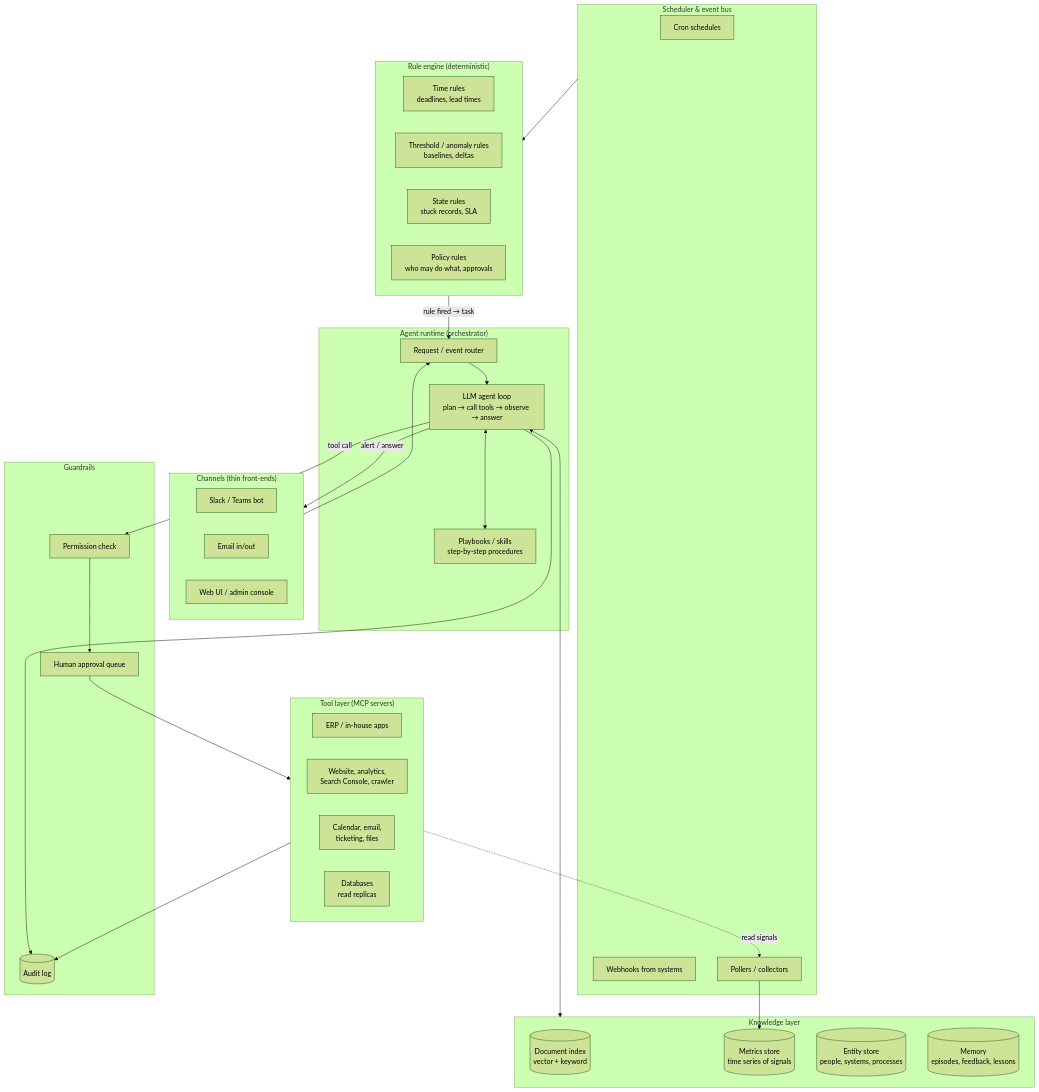
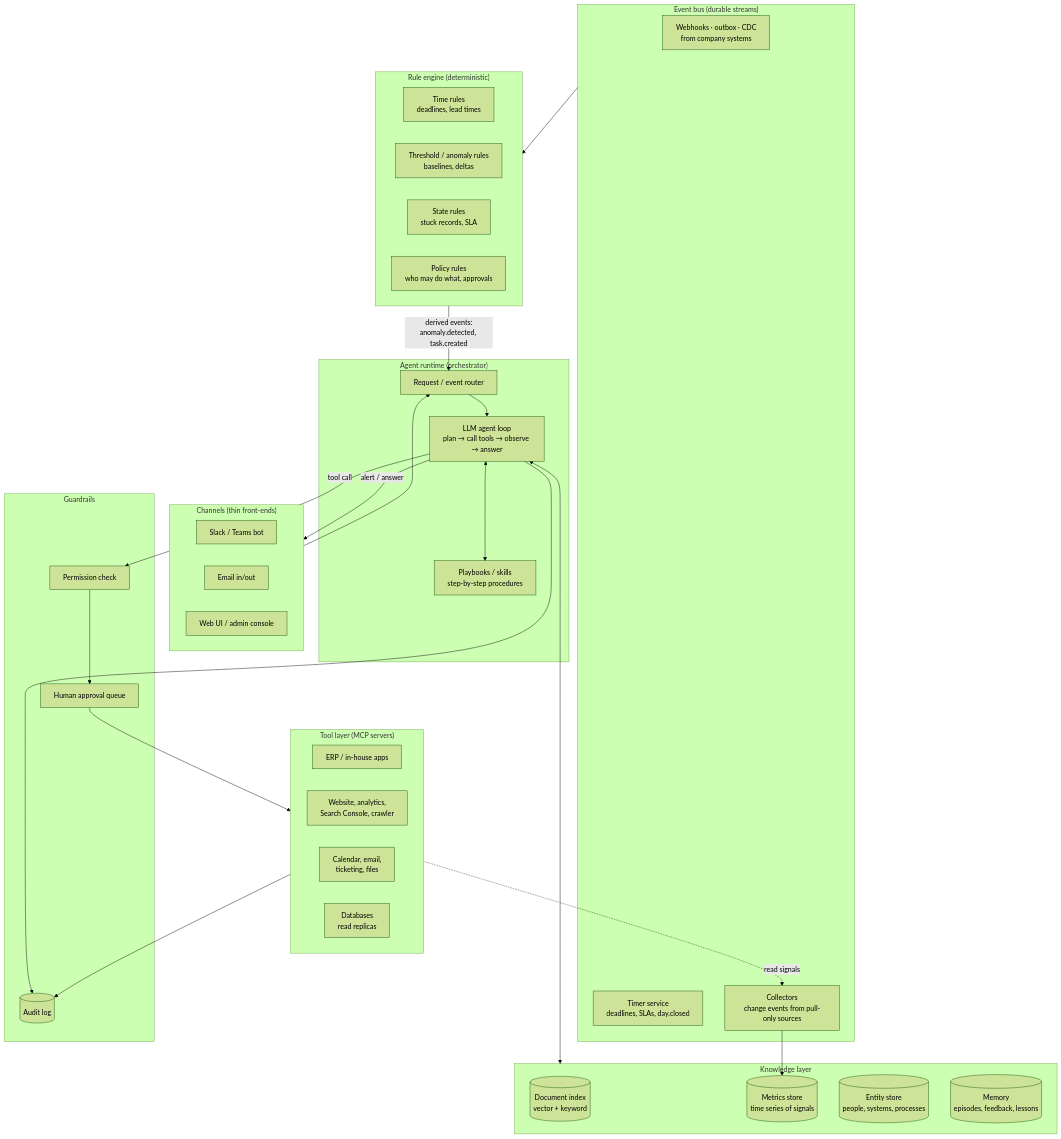
The diagram in docs/02-architecture.md (bacsa/ai_based_assistant_system), drawn with Mermaid (forest theme) before and after one commit. The commit also changed other lines of this file and 8 other files, not shown here.

````diff
--- a/docs/02-architecture.md
+++ b/docs/02-architecture.md
@@ -5,60 +5,60 @@
 ```mermaid
 flowchart TB
     subgraph Channels["Channels (thin front-ends)"]
         SL[Slack / Teams bot]
         EM[Email in/out]
         WEB[Web UI / admin console]
     end
 
-    subgraph Triggers["Scheduler & event bus"]
-        CRON[Cron schedules]
-        HOOK[Webhooks from systems]
-        POLL[Pollers / collectors]
+    subgraph Triggers["Event bus (durable streams)"]
+        HOOK[Webhooks · outbox · CDC<br/>from company systems]
+        TM[Timer service<br/>deadlines, SLAs, day.closed]
+        POLL[Collectors<br/>change events from pull-only sources]
     end
 
     subgraph Core["Agent runtime (orchestrator)"]
         ROUTER[Request / event router]
         AGENT[LLM agent loop<br/>plan → call tools → observe → answer]
         PLAYBOOKS[Playbooks / skills<br/>step-by-step procedures]
     end
 
     subgraph Rules["Rule engine (deterministic)"]
         TR[Time rules<br/>deadlines, lead times]
         TH[Threshold / anomaly rules<br/>baselines, deltas]
         ST[State rules<br/>stuck records, SLA]
         POL[Policy rules<br/>who may do what, approvals]
     end
 
     subgraph KB["Knowledge layer"]
         DOCS[(Document index<br/>vector + keyword)]
         META[(Metrics store<br/>time series of signals)]
         GRAPH[(Entity store<br/>people, systems, processes)]
         MEM[(Memory<br/>episodes, feedback, lessons)]
     end
 
     subgraph Tools["Tool layer (MCP servers)"]
         T1[ERP / in-house apps]
         T2[Website, analytics,<br/>Search Console, crawler]
         T3[Calendar, email,<br/>ticketing, files]
         T4[Databases<br/>read replicas]
     end
 
     subgraph Guard["Guardrails"]
         PERM[Permission check]
         HITL[Human approval queue]
         AUDIT[(Audit log)]
     end
 
     Channels --> ROUTER
     Triggers --> Rules
-    Rules -- "rule fired → task" --> ROUTER
+    Rules -- "derived events:<br/>anomaly.detected, task.created" --> ROUTER
     ROUTER --> AGENT
     AGENT <--> PLAYBOOKS
     AGENT <--> KB
     AGENT -- "tool call" --> PERM --> HITL --> Tools
     Tools --> AUDIT
     AGENT --> AUDIT
     POLL --> META
     Tools -. "read signals" .-> POLL
     AGENT -- "alert / answer" --> Channels
 ```
````
